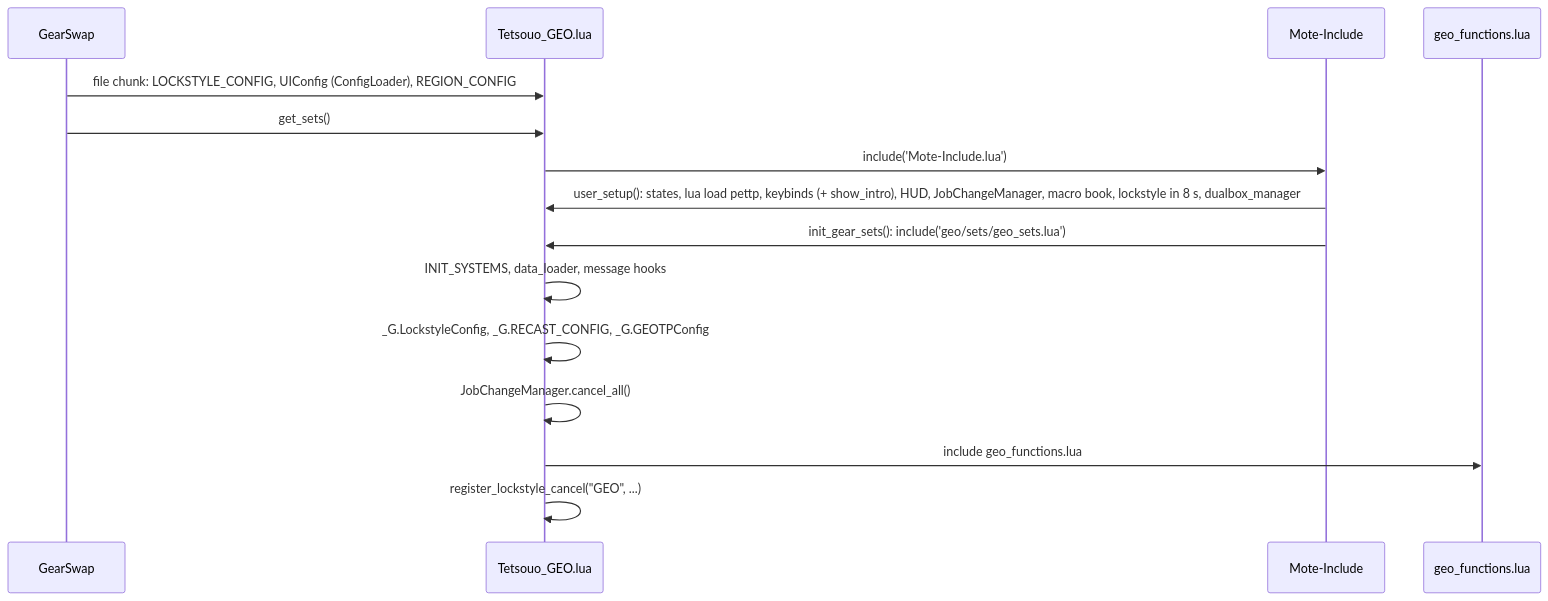
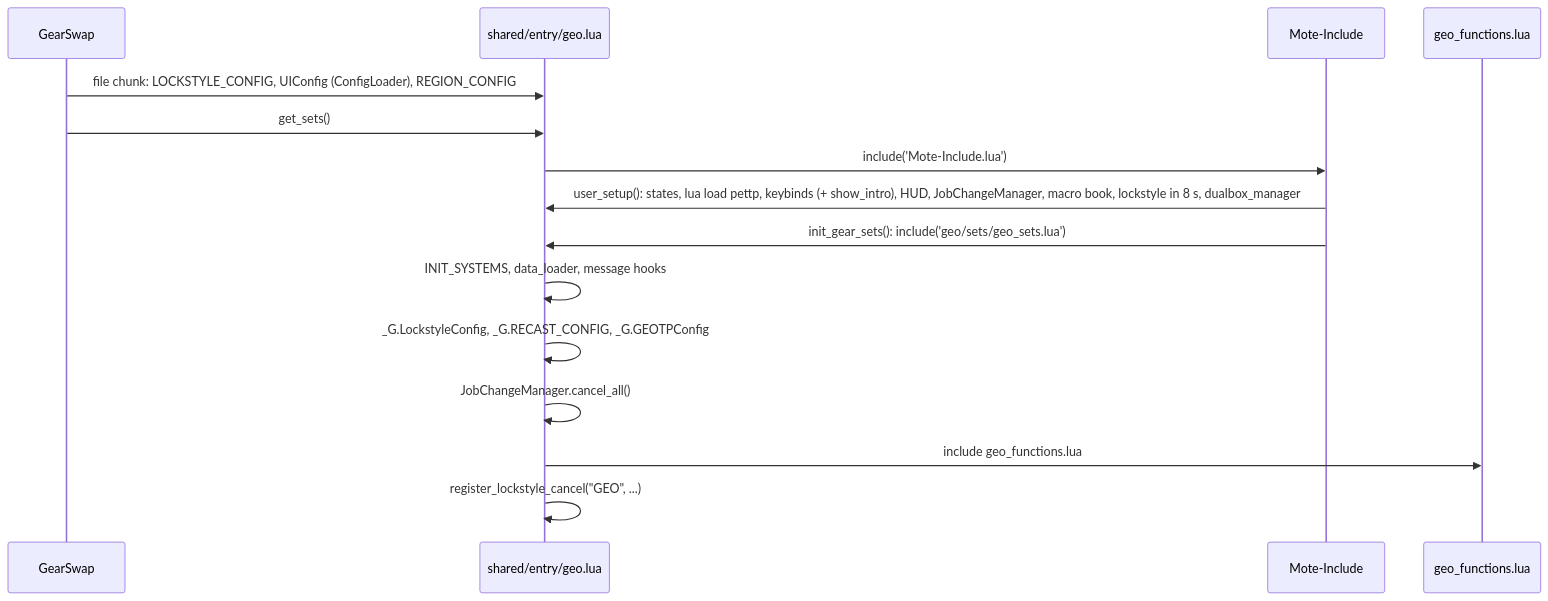
Before and after one commit to ejouanchicot/Gearswap: the first of 3 diagrams in docs/dev/jobs/geo.md, drawn with Mermaid. The commit also changed other lines of this file and 94 other files, not shown here.

First line of the commit message:
docs: 22 jobs, 2 s / 3 s reload, the 2026-09-30 folder layout, shared/entry entry points

````diff
--- a/docs/dev/jobs/geo.md
+++ b/docs/dev/jobs/geo.md
@@ -89,17 +89,17 @@
 ```mermaid
 sequenceDiagram
     participant GS as GearSwap
-    participant E as Tetsouo_GEO.lua
+    participant E as shared/entry/geo.lua
     participant M as Mote-Include
     participant F as geo_functions.lua
     GS->>E: file chunk: LOCKSTYLE_CONFIG, UIConfig (ConfigLoader), REGION_CONFIG
     GS->>E: get_sets()
     E->>M: include('Mote-Include.lua')
     M->>E: user_setup(): states, lua load pettp, keybinds (+ show_intro), HUD, JobChangeManager, macro book, lockstyle in 8 s, dualbox_manager
     M->>E: init_gear_sets(): include('geo/sets/geo_sets.lua')
     E->>E: INIT_SYSTEMS, data_loader, message hooks
     E->>E: _G.LockstyleConfig, _G.RECAST_CONFIG, _G.GEOTPConfig
     E->>E: JobChangeManager.cancel_all()
     E->>F: include geo_functions.lua
     E->>E: register_lockstyle_cancel("GEO", ...)
 ```
````
